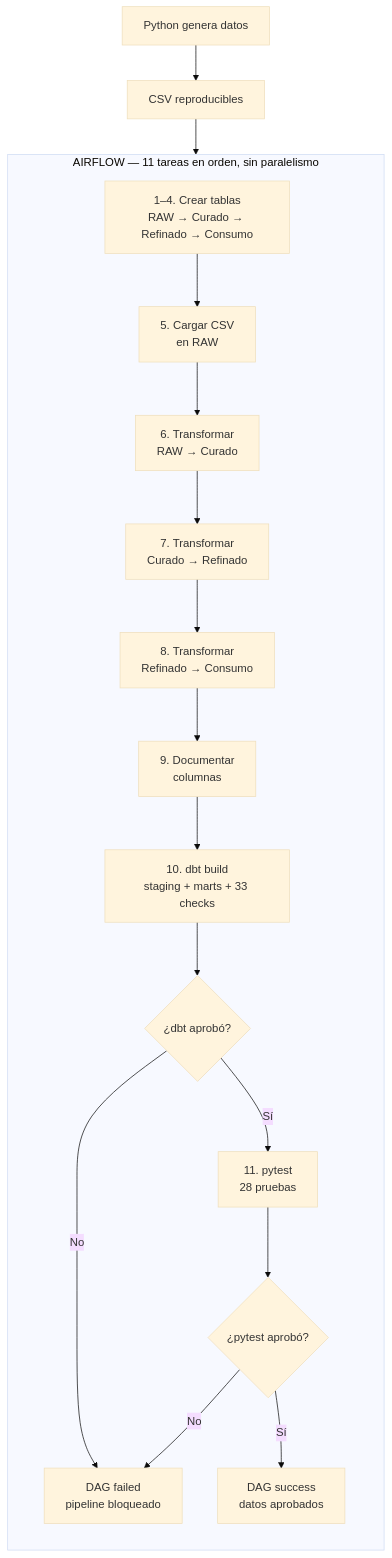
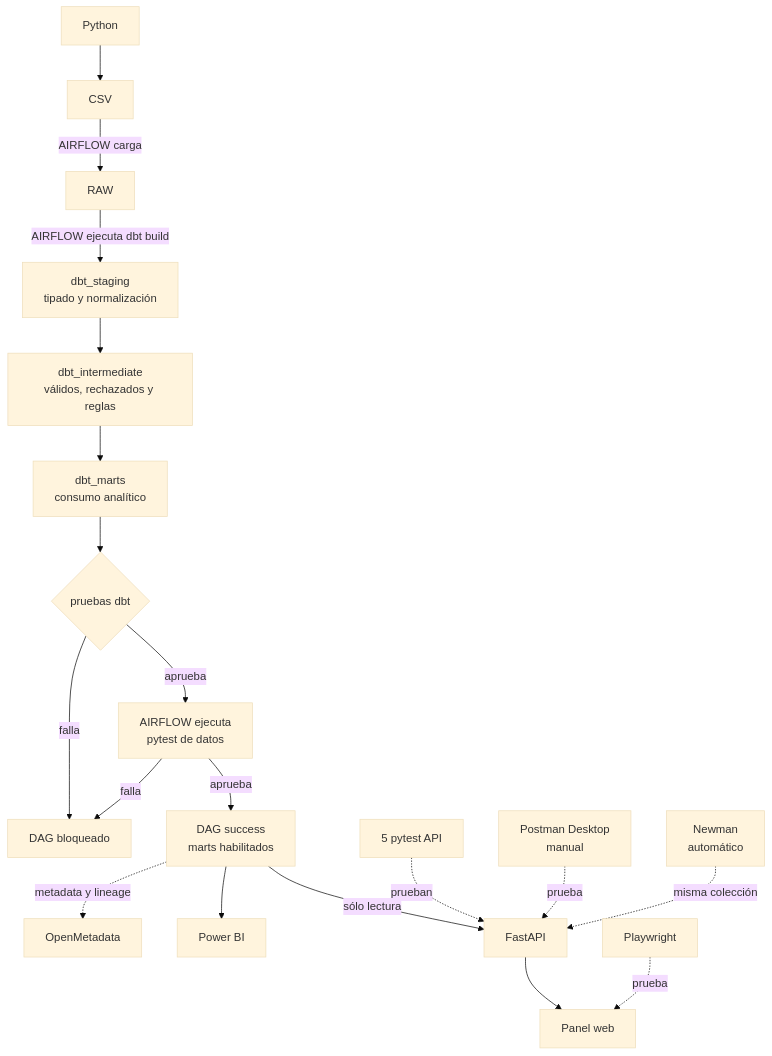
Before and after one commit to MatiFul/data-qa-lab: the diagram in README.md, drawn with Mermaid (base theme). The commit also changed other lines of this file and 9 other files, not shown here.

````diff
--- a/README.md
+++ b/README.md
@@ -21,28 +21,22 @@
 ```mermaid
 flowchart TD
-    G["Python genera datos"] --> CSV["CSV reproducibles"]
+    PY["Python"] --> CSV["CSV"]
+    CSV -->|"AIRFLOW carga"| RAW["RAW"]
+    RAW -->|"AIRFLOW ejecuta dbt build"| STG["dbt_staging<br>tipado y normalización"]
+    STG --> INT["dbt_intermediate<br>válidos, rechazados y reglas"]
+    INT --> MARTS["dbt_marts<br>consumo analítico"]
+    MARTS --> DBT{"pruebas dbt"}
+    DBT -- "aprueba" --> PT["AIRFLOW ejecuta<br>pytest de datos"]
+    DBT -- "falla" --> STOP["DAG bloqueado"]
+    PT -- "aprueba" --> OK["DAG success<br>marts habilitados"]
+    PT -- "falla" --> STOP
 
-    subgraph DAG["AIRFLOW — 11 tareas en orden, sin paralelismo"]
-        direction TB
-        T1["1–4. Crear tablas<br>RAW → Curado → Refinado → Consumo"]
-        T2["5. Cargar CSV<br>en RAW"]
-        T3["6. Transformar<br>RAW → Curado"]
-        T4["7. Transformar<br>Curado → Refinado"]
-        T5["8. Transformar<br>Refinado → Consumo"]
-        T6["9. Documentar<br>columnas"]
-        T7["10. dbt build<br>staging + marts + 33 checks"]
-        D1{"¿dbt aprobó?"}
-        T8["11. pytest<br>28 pruebas"]
-        D2{"¿pytest aprobó?"}
-        OK["DAG success<br>datos aprobados"]
-        STOP["DAG failed<br>pipeline bloqueado"]
-
-        T1 --> T2 --> T3 --> T4 --> T5 --> T6 --> T7 --> D1
-        D1 -- "Sí" --> T8 --> D2
-        D1 -- "No" --> STOP
-        D2 -- "Sí" --> OK
-        D2 -- "No" --> STOP
-    end
-
-    CSV --> T2
+    OK -->|"sólo lectura"| API["FastAPI"]
+    API --> WEB["Panel web"]
+    OK --> PBI["Power BI"]
+    OK -. "metadata y lineage" .-> OM["OpenMetadata"]
+    APIT["5 pytest API"] -. "prueban" .-> API
+    POST["Postman Desktop<br>manual"] -. "prueba" .-> API
+    NEW["Newman<br>automático"] -. "misma colección" .-> API
+    PLAY["Playwright"] -. "prueba" .-> WEB
 ```
````
